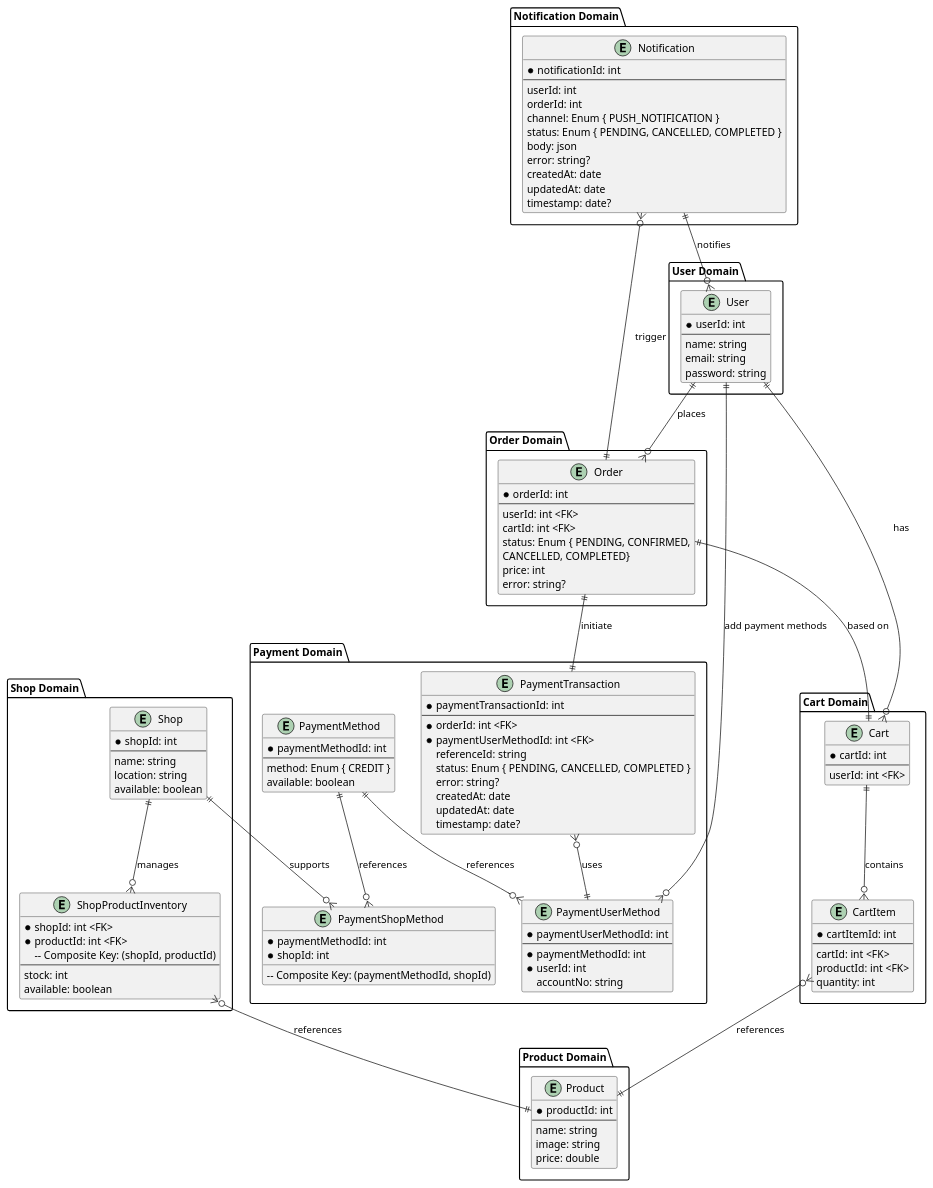
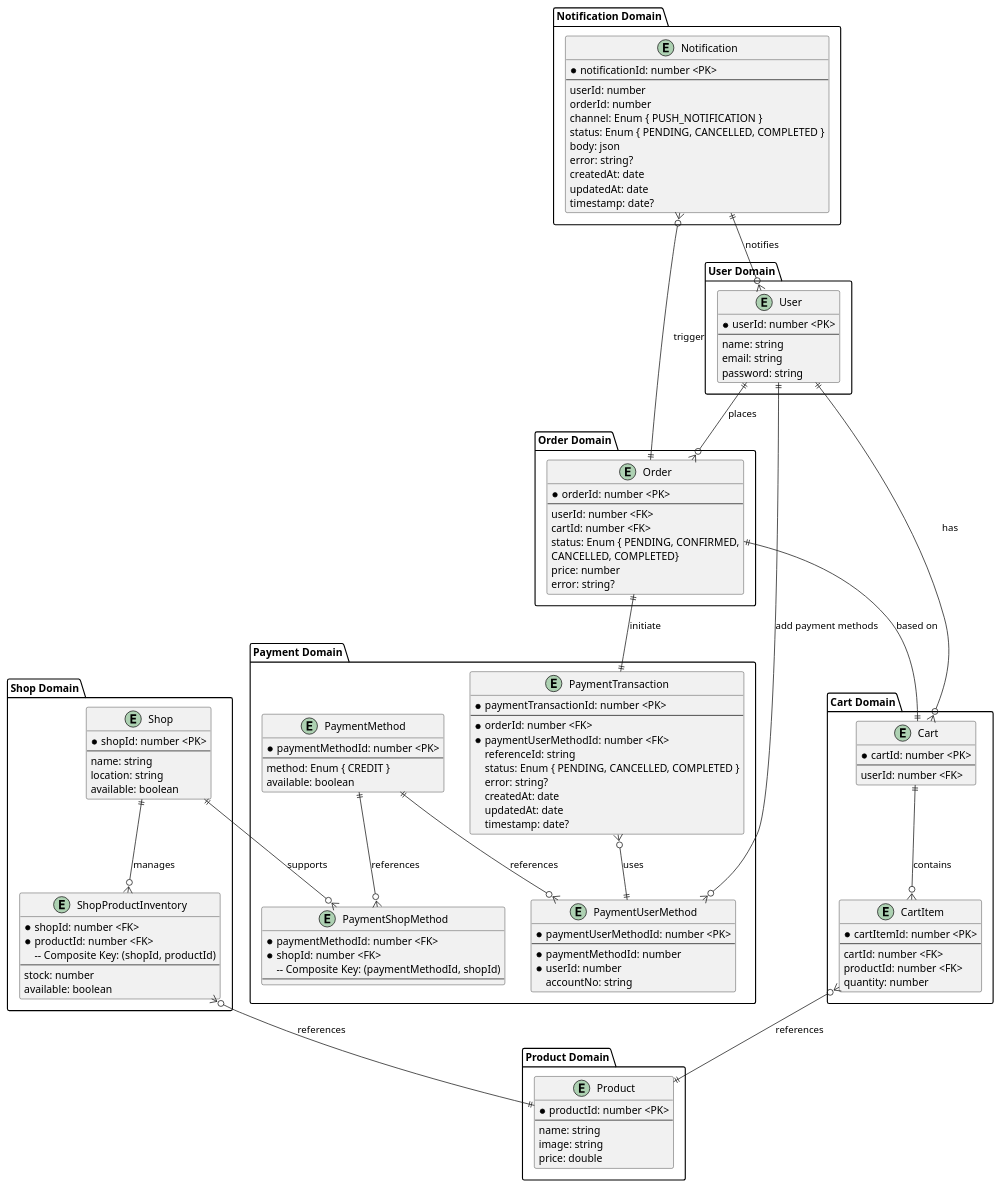
One commit to nutchaponhan/Bluebik-sa-assignment-2025 changed the diagram in answer/03/bluebik-ans-q3.puml. Above: the diagram before and after it, drawn with PlantUML. The commit also changed 3 other files, not shown here.

```diff
--- a/answer/03/bluebik-ans-q3.puml
+++ b/answer/03/bluebik-ans-q3.puml
@@ -1,150 +1,151 @@
 @startuml
 
 package "User Domain" {
     entity User {
-        * userId: int
+        * userId: number <PK>
         ---
         name: string
         email: string
         password: string
         }
 }
 
 package "Product Domain" {
     entity Product {
-        * productId: int
+        * productId: number <PK>
         ---
         name: string
         image: string
         price: double
     }
 }
 
 package "Shop Domain" {
     entity Shop {
-        * shopId: int
+        * shopId: number <PK>
         ---
         name: string
         location: string
         available: boolean
     }
 
     entity ShopProductInventory {
-        * shopId: int <FK>
-        * productId: int <FK>
+        * shopId: number <FK>
+        * productId: number <FK>
         -- Composite Key: (shopId, productId)
         ---
-        stock: int
+        stock: number
         available: boolean
     }
 }
 
 
 package "Cart Domain" {
     entity Cart {
-        * cartId: int
+        * cartId: number <PK>
         ---
-        userId: int <FK>
+        userId: number <FK>
     }
 
     entity CartItem {
-        * cartItemId: int
+        * cartItemId: number <PK>
         ---
-        cartId: int <FK>
-        productId: int <FK>
-        quantity: int
+        cartId: number <FK>
+        productId: number <FK>
+        quantity: number
     }
 }
 
 
 package "Order Domain" {
     entity Order {
-        * orderId: int
+        * orderId: number <PK>
         ---
-        userId: int <FK>
-        cartId: int <FK>
+        userId: number <FK>
+        cartId: number <FK>
         status: Enum { PENDING, CONFIRMED, 
             CANCELLED, COMPLETED}
-        price: int
+        price: number
         error: string?
     }
 }
 
 
 package "Payment Domain" {
     entity PaymentMethod {
-        * paymentMethodId: int
+        * paymentMethodId: number <PK>
         ---
         method: Enum { CREDIT }
         available: boolean
     }
 
     entity PaymentShopMethod {
-        * paymentMethodId: int
-        * shopId: int
+        * paymentMethodId: number <FK>
+        * shopId: number <FK>
         -- Composite Key: (paymentMethodId, shopId)
+        ---
     }
 
     entity PaymentUserMethod {
-        * paymentUserMethodId: int
+        * paymentUserMethodId: number <PK>
         ---
-        * paymentMethodId: int
-        * userId: int
+        * paymentMethodId: number
+        * userId: number
         accountNo: string
     }
 
     entity PaymentTransaction {
-        * paymentTransactionId: int
+        * paymentTransactionId: number <PK>
         ---
-        * orderId: int <FK>
-        * paymentUserMethodId: int <FK>
+        * orderId: number <FK>
+        * paymentUserMethodId: number <FK>
         referenceId: string
         status: Enum { PENDING, CANCELLED, COMPLETED }
         error: string?
         createdAt: date
         updatedAt: date
         timestamp: date?
     }
 }
 
 
 package "Notification Domain" {
     entity Notification {
-        * notificationId: int
+        * notificationId: number <PK>
         ---
-        userId: int
-        orderId: int
+        userId: number
+        orderId: number
         channel: Enum { PUSH_NOTIFICATION }
         status: Enum { PENDING, CANCELLED, COMPLETED }
         body: json
         error: string?
         createdAt: date
         updatedAt: date
         timestamp: date?
     }
 }
 
 
 
 User ||--o{ Cart : "has"
 User ||--o{ Order : "places"
 User ||--o{ PaymentUserMethod : "add payment methods"
 
 Shop ||--o{ ShopProductInventory: "manages"
 Shop ||--o{ PaymentShopMethod: "supports"
 ShopProductInventory }o--||Product: "references"
 
 Cart ||--o{ CartItem : "contains"
 CartItem }o--|| Product : "references"
 
 Order ||--|| Cart : "based on"
 Order ||--|| PaymentTransaction : "initiate"
 
 PaymentMethod ||--o{ PaymentShopMethod : "references"
 PaymentMethod ||--o{ PaymentUserMethod : "references"
 PaymentTransaction }o--|| PaymentUserMethod : "uses"
 
 Notification ||--o{ User : "notifies"
 Notification }o--|| Order : "trigger"
 
 @enduml
```
